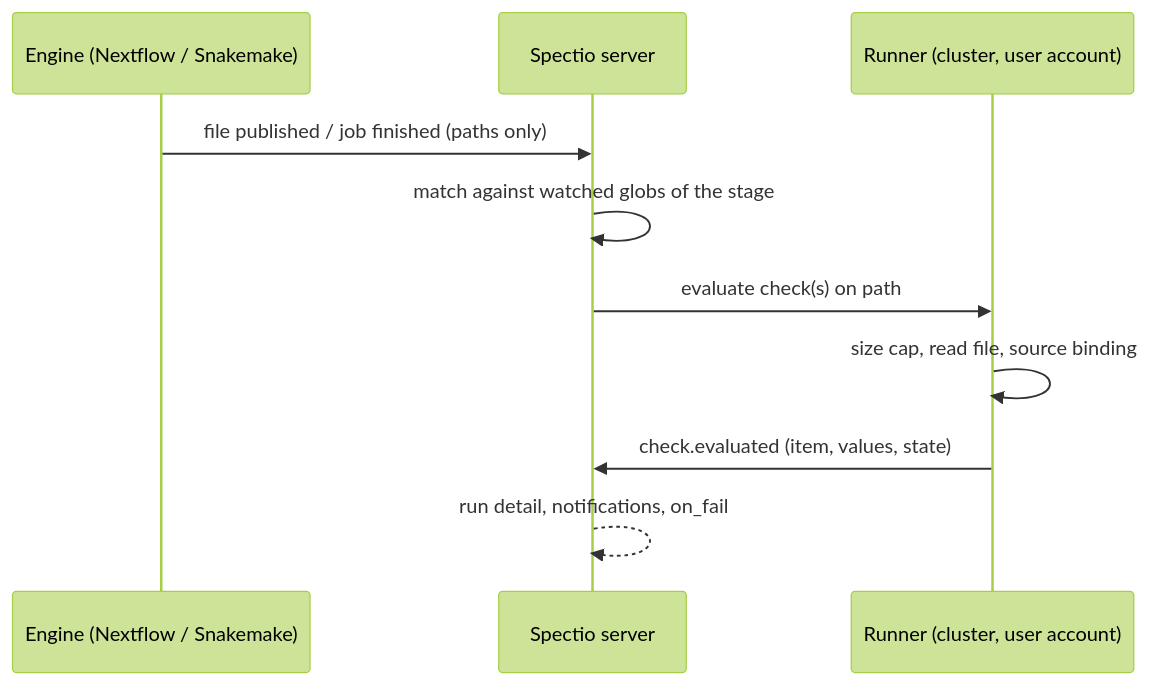
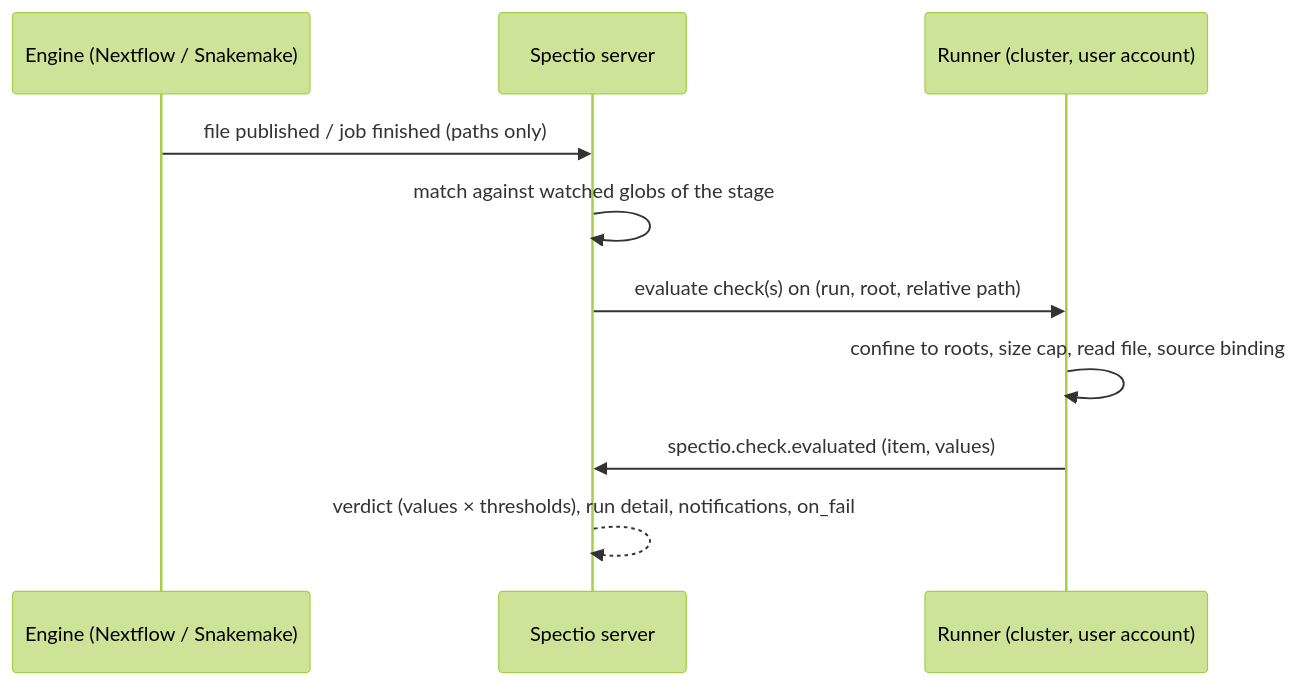
One commit to spectio-org/spectio changed the diagram in docs/specs/checking-scenarios.md. Above: the diagram before and after it, drawn with Mermaid (forest theme). The commit also changed other lines of this file and 28 other files, not shown here.

````diff
--- a/docs/specs/checking-scenarios.md
+++ b/docs/specs/checking-scenarios.md
@@ -271,12 +303,12 @@
 ```mermaid
 sequenceDiagram
   participant E as Engine (Nextflow / Snakemake)
   participant S as Spectio server
   participant R as Runner (cluster, user account)
   E->>S: file published / job finished (paths only)
   S->>S: match against watched globs of the stage
-  S->>R: evaluate check(s) on path
-  R->>R: size cap, read file, source binding
-  R->>S: check.evaluated (item, values, state)
-  S-->>S: run detail, notifications, on_fail
+  S->>R: evaluate check(s) on (run, root, relative path)
+  R->>R: confine to roots, size cap, read file, source binding
+  R->>S: spectio.check.evaluated (item, values)
+  S-->>S: verdict (values × thresholds), run detail, notifications, on_fail
 ```
````
